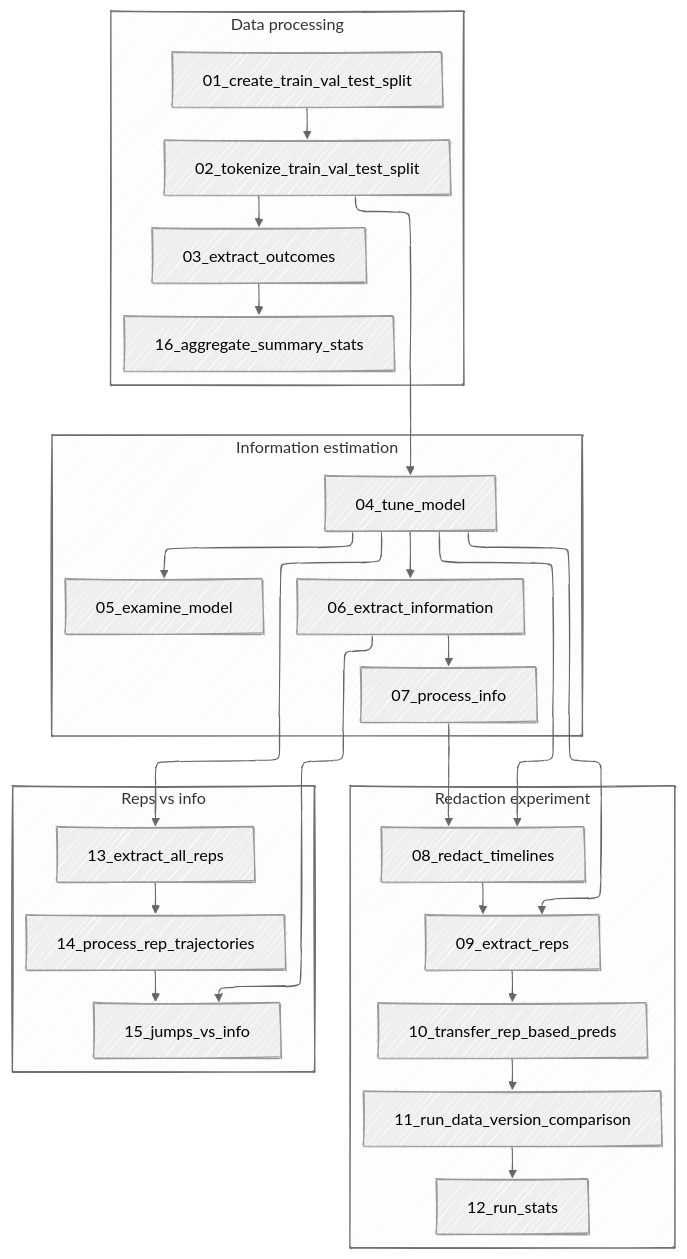
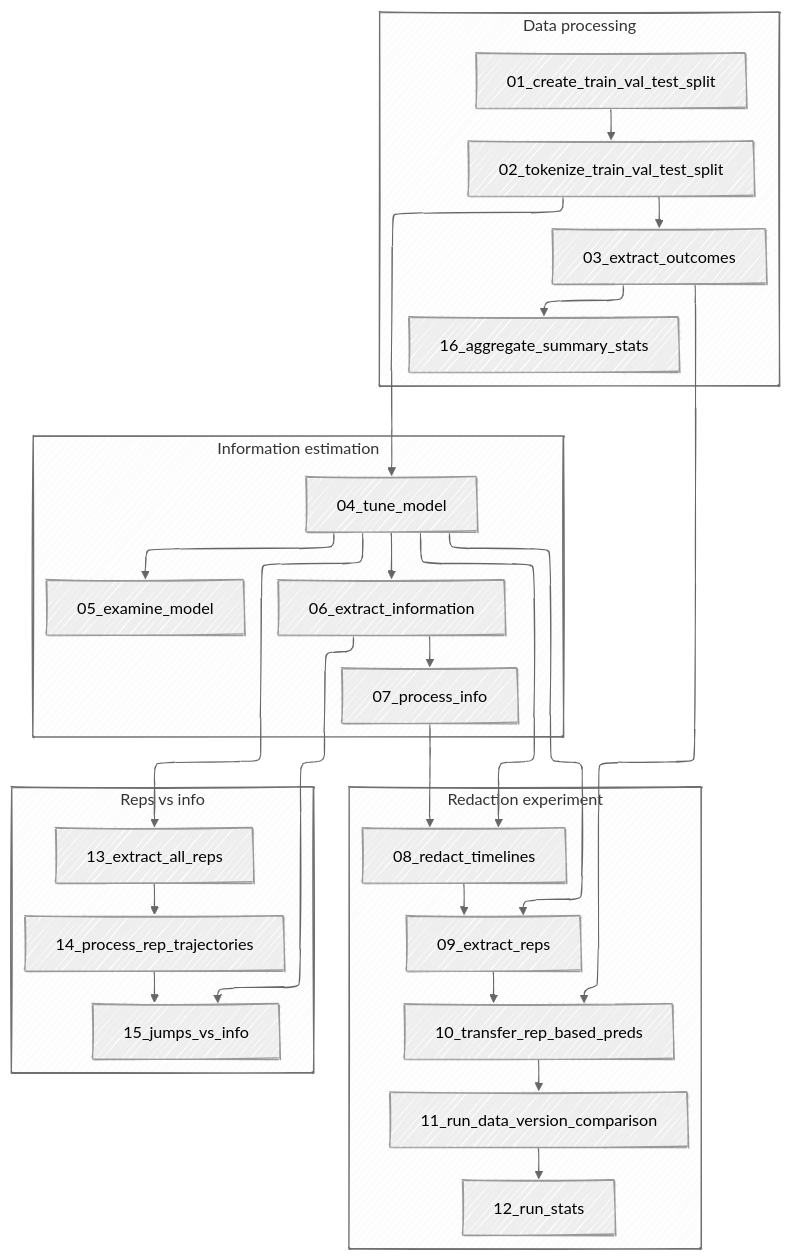
Before and after one commit to bbj-lab/fms-ehrs: the diagram in README.md, drawn with Mermaid.

Commit message:
adds link

````diff
--- a/README.md
+++ b/README.md
@@ -39,46 +39,46 @@
 ```mermaid
 ---
 config:
   theme: neutral
   look: handDrawn
   layout: elk
   themeCSS: "* { overflow: visible; }"
 ---
 flowchart TD
  subgraph s1["Data processing"]
         N1["01_create_train_val_test_split"]
         N2["02_tokenize_train_val_test_split"]
         N3["03_extract_outcomes"]
         N16["16_aggregate_summary_stats"]
   end
  subgraph s2["Information estimation"]
         N4["04_tune_model"]
         N5["05_examine_model"]
         N6["06_extract_information"]
         N7["07_process_info"]
   end
  subgraph s3["Redaction experiment"]
         N8["08_redact_timelines"]
         N9["09_extract_reps"]
         N10["10_transfer_rep_based_preds"]
         N11["11_run_data_version_comparison"]
         N12["12_run_stats"]
   end
  subgraph s4["Reps vs info"]
         N13["13_extract_all_reps"]
         N14["14_process_rep_trajectories"]
         N15["15_jumps_vs_info"]
   end
     N1 --> N2
     N2 --> N3 & N4
-    N3 --> N16
+    N3 --> N16 & N10
     N4 --> N5 & N6 & N8 & N13
     N6 --> N7 & N15
     N7 --> N8
     N8 --> N9
     N4 --> N9 --> N10
     N10 --> N11
     N11 --> N12
     N13 --> N14
     N14 --> N15
 ```
````
